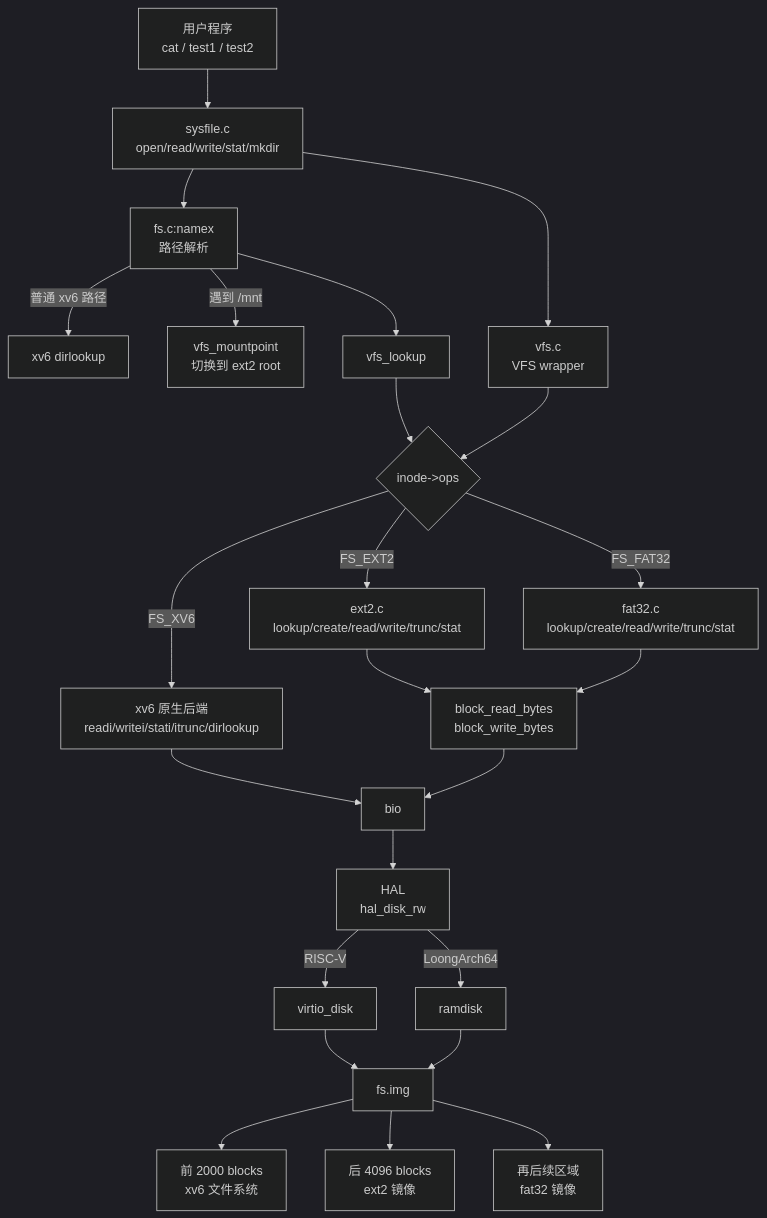
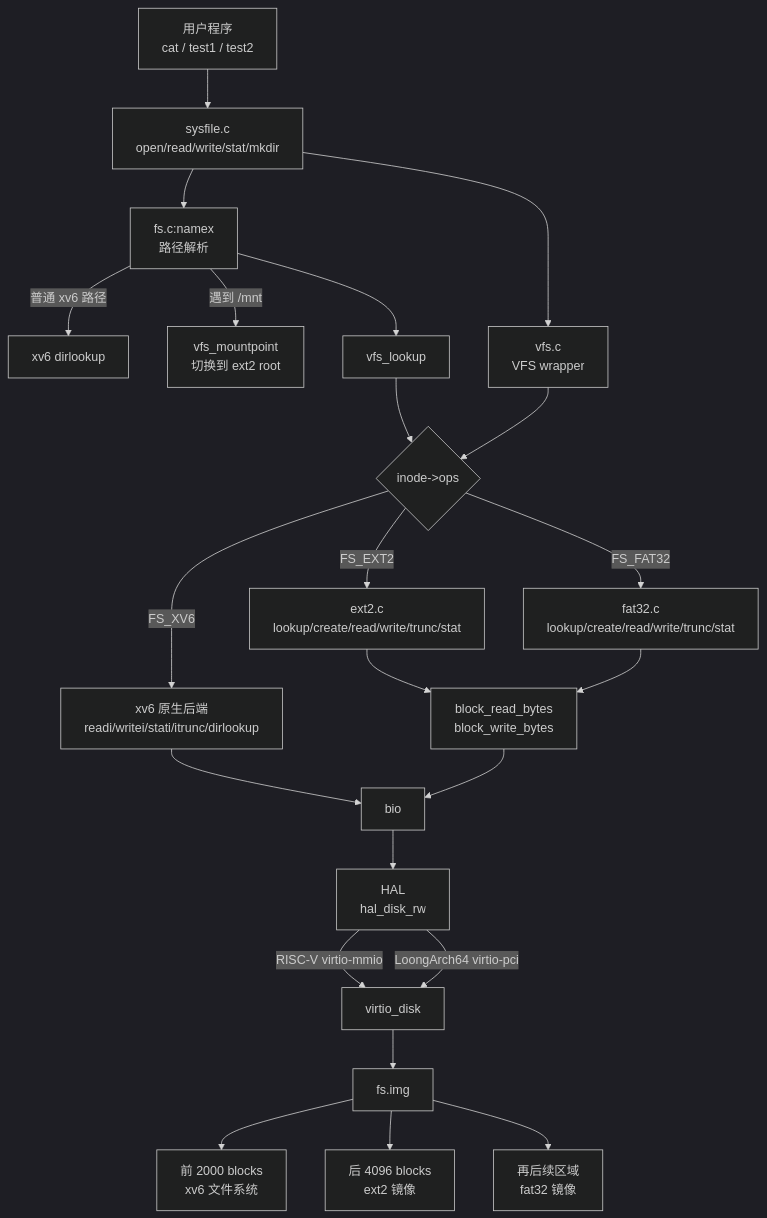
Before and after one commit to twilight-8/Nscscc-xv6-net-dynlink: the first of 2 diagrams in docs/design.md, drawn with Mermaid (dark theme). The commit also changed other lines of this file and 8 other files, not shown here.

````diff
--- a/docs/design.md
+++ b/docs/design.md
@@ -34,33 +34,32 @@
 ```mermaid
 flowchart TD
     U[用户程序<br/>cat / test1 / test2] --> S[sysfile.c<br/>open/read/write/stat/mkdir]
 
     S --> N[fs.c:namex<br/>路径解析]
     N -->|普通 xv6 路径| XDIR[xv6 dirlookup]
     N -->|遇到 /mnt| MP[vfs_mountpoint<br/>切换到 ext2 root]
 
     S --> V[vfs.c<br/>VFS wrapper]
     N --> VL[vfs_lookup]
 
     V --> OPS{inode->ops}
     VL --> OPS
 
     OPS -->|FS_XV6| XV6[xv6 原生后端<br/>readi/writei/stati/itrunc/dirlookup]
     OPS -->|FS_EXT2| EXT2[ext2.c<br/>lookup/create/read/write/trunc/stat]
     OPS -->|FS_FAT32| FAT32[fat32.c<br/>lookup/create/read/write/trunc/stat]
 
     XV6 --> BIO[bio]
     EXT2 --> BLK[block_read_bytes<br/>block_write_bytes]
     FAT32 --> BLK
     BLK --> BIO
 
     BIO --> HAL[HAL<br/>hal_disk_rw]
-    HAL -->|RISC-V| VIRTIO[virtio_disk]
-    HAL -->|LoongArch64| RAM[ramdisk]
+    HAL -->|RISC-V virtio-mmio| VIRTIO[virtio_disk]
+    HAL -->|LoongArch64 virtio-pci| VIRTIO
 
     VIRTIO --> IMG[fs.img]
-    RAM --> IMG
     IMG --> XIMG[前 2000 blocks<br/>xv6 文件系统]
     IMG --> EIMG[后 4096 blocks<br/>ext2 镜像]
     IMG --> FIMG[再后续区域<br/>fat32 镜像]
 ```
````
